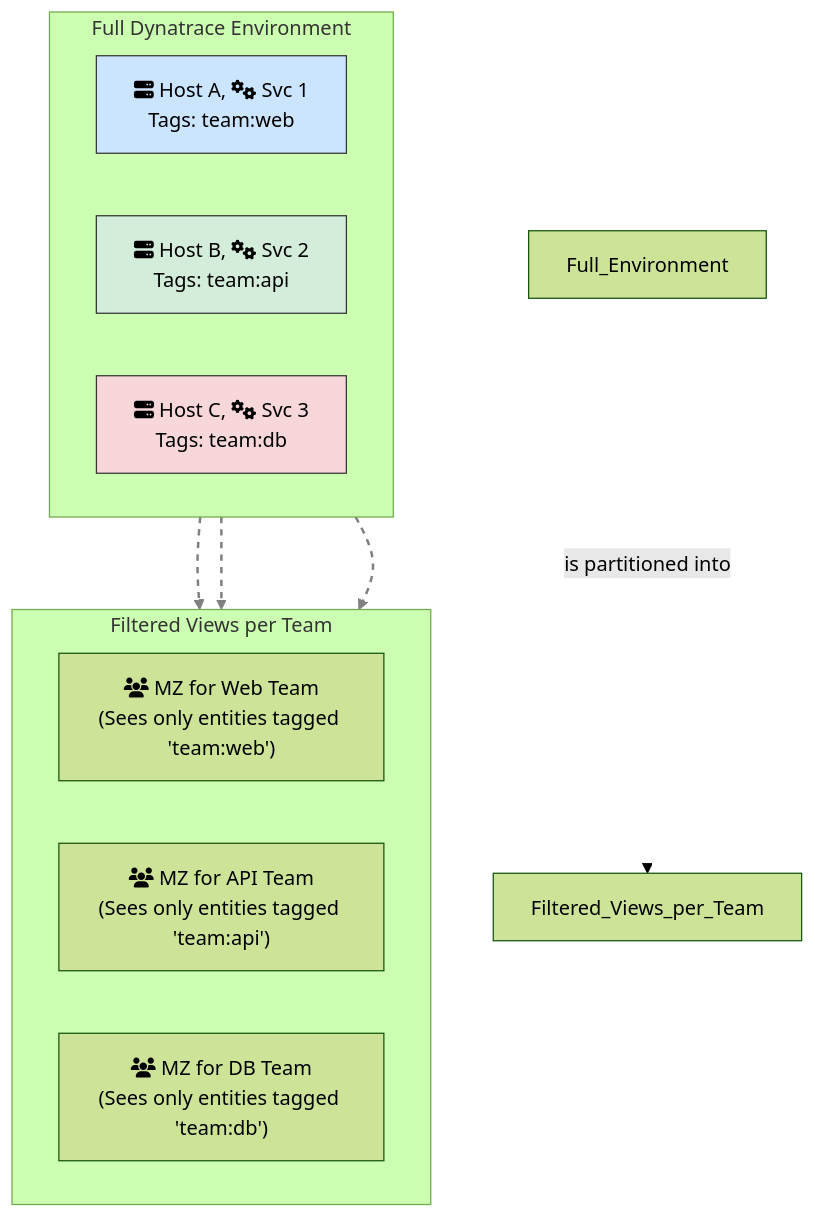
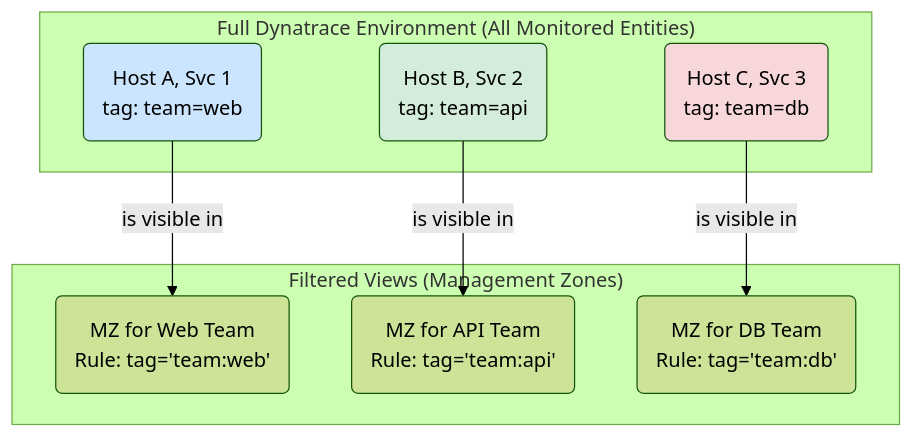
One commit to Kamal-nayan123/Dynatrace-course changed the diagram in Phase 3_ Data & AI/3_Dashboards_and_Visualization.md. Above: the diagram before and after it, drawn with Mermaid (forest theme). The commit also changed 10 other files, not shown here.

````diff
--- a/Phase 3_ Data & AI/3_Dashboards_and_Visualization.md
+++ b/Phase 3_ Data & AI/3_Dashboards_and_Visualization.md
@@ -42,31 +42,22 @@
     ```mermaid
     graph TD
-        subgraph Full Dynatrace Environment
-            direction LR
-            E1["fa:fa-server Host A, fa:fa-cogs Svc 1<br>Tags: team:web"]
-            E2["fa:fa-server Host B, fa:fa-cogs Svc 2<br>Tags: team:api"]
-            E3["fa:fa-server Host C, fa:fa-cogs Svc 3<br>Tags: team:db"]
+        subgraph "Full Dynatrace Environment (All Monitored Entities)"
+            E1("Host A, Svc 1<br>tag: team=web")
+            E2("Host B, Svc 2<br>tag: team=api")
+            E3("Host C, Svc 3<br>tag: team=db")
         end
 
-        subgraph "Filtered Views per Team"
-            direction LR
-            MZ_Web["fa:fa-users MZ for Web Team<br>(Sees only entities tagged 'team:web')"]
-            MZ_API["fa:fa-users MZ for API Team<br>(Sees only entities tagged 'team:api')"]
-            MZ_DB["fa:fa-users MZ for DB Team<br>(Sees only entities tagged 'team:db')"]
+        subgraph "Filtered Views (Management Zones)"
+            MZ_Web("MZ for Web Team<br>Rule: tag='team:web'")
+            MZ_API("MZ for API Team<br>Rule: tag='team:api'")
+            MZ_DB("MZ for DB Team<br>Rule: tag='team:db'")
         end
 
-        Full_Environment -->|is partitioned into| Filtered_Views_per_Team
+        E1 -- "is visible in" --> MZ_Web
+        E2 -- "is visible in" --> MZ_API
+        E3 -- "is visible in" --> MZ_DB
 
-        E1 -.-> MZ_Web
-        E2 -.-> MZ_API
-        E3 -.-> MZ_DB
-
-        linkStyle 0 stroke-width:0px
-        linkStyle 1 stroke:grey,stroke-width:2px,stroke-dasharray: 5 5;
-        linkStyle 2 stroke:grey,stroke-width:2px,stroke-dasharray: 5 5;
-        linkStyle 3 stroke:grey,stroke-width:2px,stroke-dasharray: 5 5;
-
-        style E1 fill:#cce5ff,stroke:#333
-        style E2 fill:#d4edda,stroke:#333
-        style E3 fill:#f8d7da,stroke:#333
+        style E1 fill:#cce5ff
+        style E2 fill:#d4edda
+        style E3 fill:#f8d7da
     ```
````
